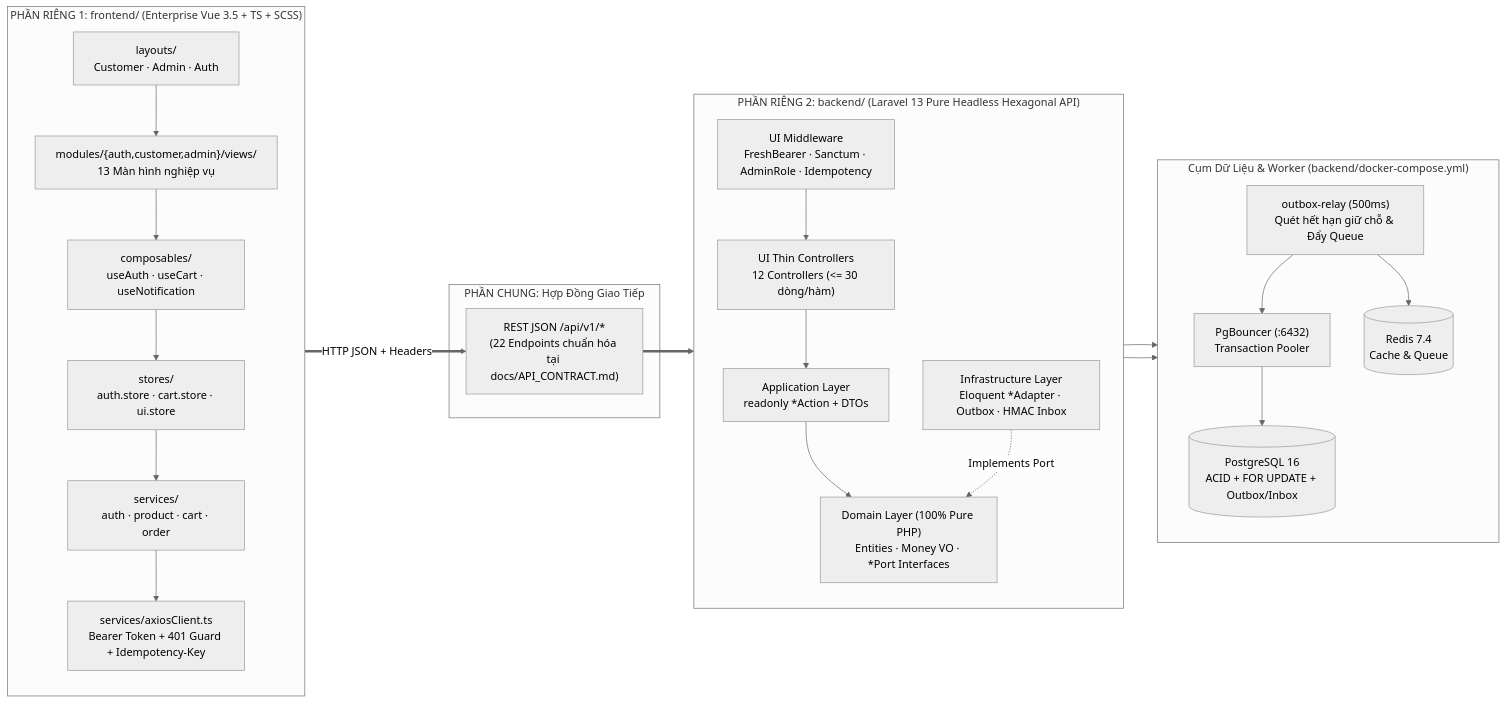
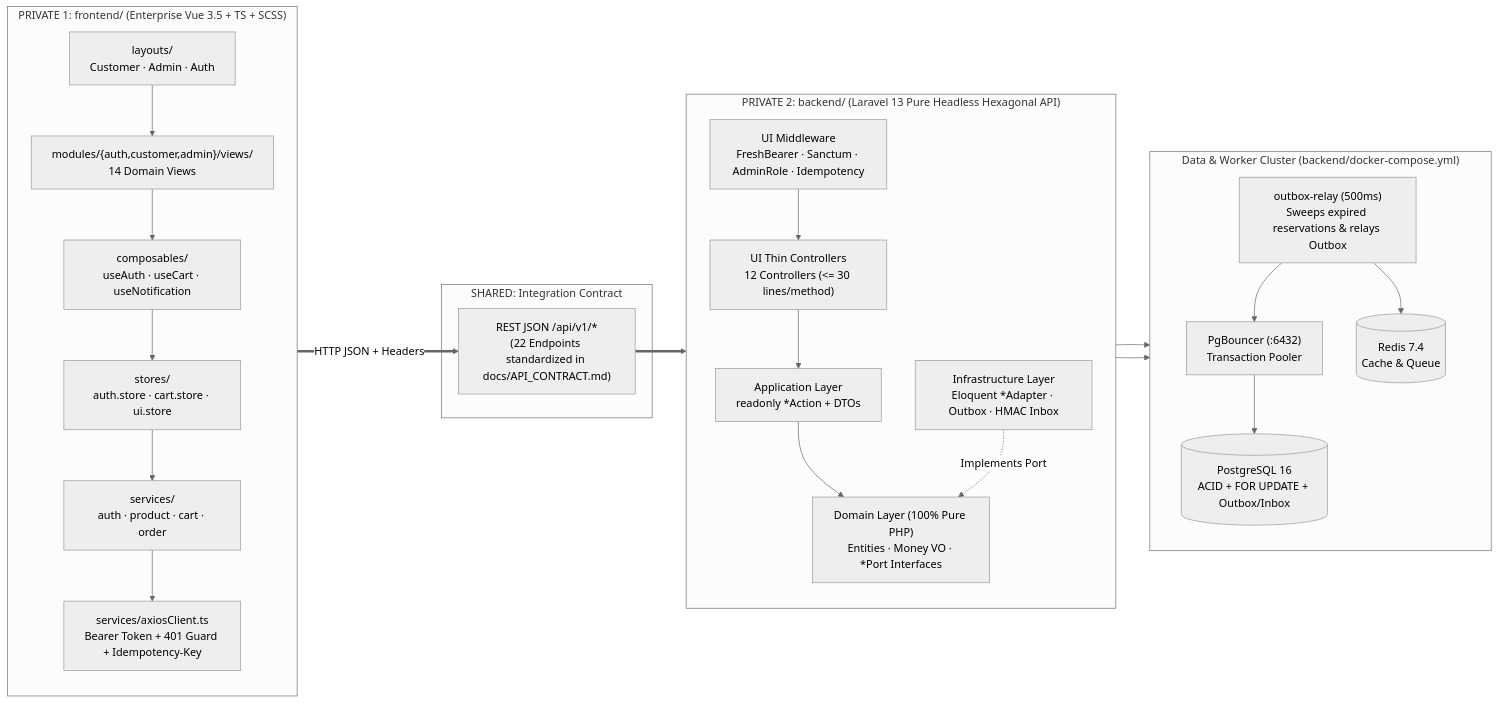
Before and after one commit to nguynbon03/VueLaravelProject: the first of 4 diagrams in docs/ARCHITECTURE.md, drawn with Mermaid (neutral theme). The commit also changed other lines of this file and 36 other files, not shown here.

Commit message:
feat(polyrepo): complete bilingual docs, Outbox race hardening, and Docker/FE polish

````diff
--- a/docs/ARCHITECTURE.md
+++ b/docs/ARCHITECTURE.md
@@ -25,45 +31,45 @@
 ```mermaid
 flowchart LR
-    subgraph FE["PHẦN RIÊNG 1: frontend/ (Enterprise Vue 3.5 + TS + SCSS)"]
+    subgraph FE["PRIVATE 1: frontend/ (Enterprise Vue 3.5 + TS + SCSS)"]
         direction TB
         FELayout["layouts/\nCustomer · Admin · Auth"]
-        FEView["modules/{auth,customer,admin}/views/\n13 Màn hình nghiệp vụ"]
+        FEView["modules/{auth,customer,admin}/views/\n14 Domain Views"]
         FEComp["composables/\nuseAuth · useCart · useNotification"]
         FEStore["stores/\nauth.store · cart.store · ui.store"]
         FESvc["services/\nauth · product · cart · order"]
         FEAxios["services/axiosClient.ts\nBearer Token + 401 Guard + Idempotency-Key"]
 
         FELayout --> FEView --> FEComp --> FEStore --> FESvc --> FEAxios
     end
 
-    subgraph Contract["PHẦN CHUNG: Hợp Đồng Giao Tiếp"]
-        HTTP["REST JSON /api/v1/*\n(22 Endpoints chuẩn hóa tại docs/API_CONTRACT.md)"]
+    subgraph Contract["SHARED: Integration Contract"]
+        HTTP["REST JSON /api/v1/*\n(22 Endpoints standardized in docs/API_CONTRACT.md)"]
     end
 
-    subgraph BE["PHẦN RIÊNG 2: backend/ (Laravel 13 Pure Headless Hexagonal API)"]
+    subgraph BE["PRIVATE 2: backend/ (Laravel 13 Pure Headless Hexagonal API)"]
         direction TB
         BEMw["UI Middleware\nFreshBearer · Sanctum · AdminRole · Idempotency"]
-        BECtrl["UI Thin Controllers\n12 Controllers (<= 30 dòng/hàm)"]
+        BECtrl["UI Thin Controllers\n12 Controllers (<= 30 lines/method)"]
         BEAct["Application Layer\nreadonly *Action + DTOs"]
         BEPort["Domain Layer (100% Pure PHP)\nEntities · Money VO · *Port Interfaces"]
         BEAdap["Infrastructure Layer\nEloquent *Adapter · Outbox · HMAC Inbox"]
 
         BEMw --> BECtrl --> BEAct --> BEPort
         BEAdap -.->|"Implements Port"| BEPort
     end
 
-    subgraph Infra["Cụm Dữ Liệu & Worker (backend/docker-compose.yml)"]
+    subgraph Infra["Data & Worker Cluster (backend/docker-compose.yml)"]
         direction TB
         PGB["PgBouncer (:6432)\nTransaction Pooler"]
         PG[("PostgreSQL 16\nACID + FOR UPDATE + Outbox/Inbox")]
         Redis[("Redis 7.4\nCache & Queue")]
-        Relay["outbox-relay (500ms)\nQuét hết hạn giữ chỗ & Đẩy Queue"]
+        Relay["outbox-relay (500ms)\nSweeps expired reservations & relays Outbox"]
         PGB --> PG
         Relay --> PGB
         Relay --> Redis
     end
 
     FEAxios ==>|"HTTP JSON + Headers"| HTTP ==> BEMw
     BEAdap --> PGB
     BEAdap --> Redis
 ```
````
